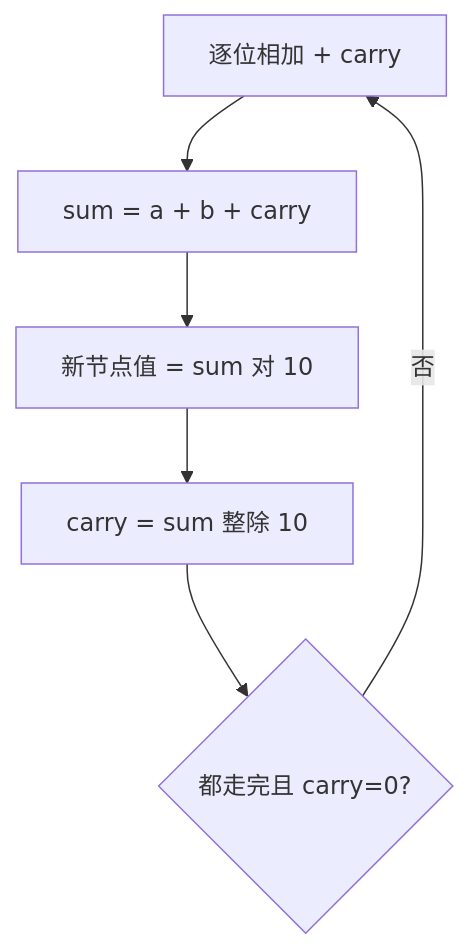
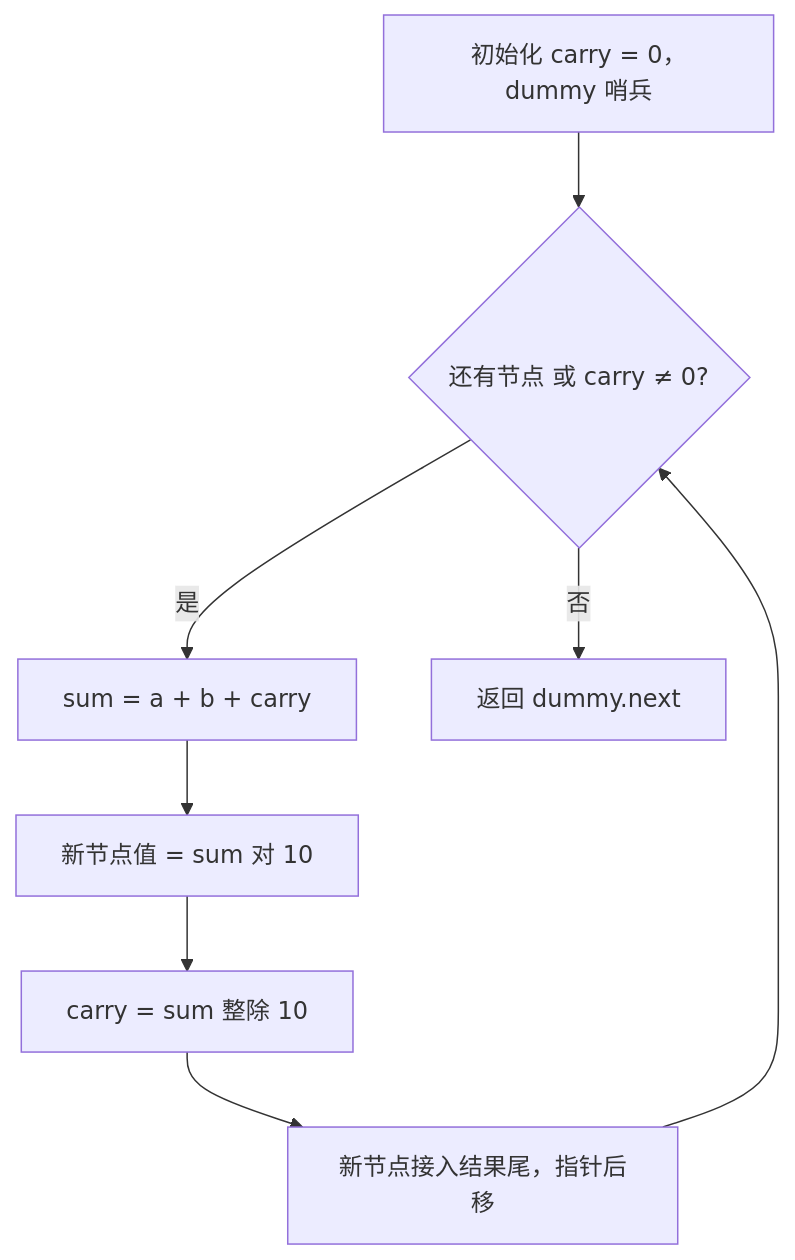
Before and after one commit to OctalZero/hot100-py: the first of 2 diagrams in 08-链表/0002-两数相加.md, drawn with Mermaid. The commit also changed other lines of this file and 117 other files, not shown here.

First line of the commit message:
feat: 全题解配图升级为「动画式 mermaid」（总览骨架 + 横向时间线逐步推演）

````diff
--- a/08-链表/0002-两数相加.md
+++ b/08-链表/0002-两数相加.md
@@ -25,8 +25,10 @@
 ```mermaid
 flowchart TD
-    A["逐位相加 + carry"] --> B["sum = a + b + carry"]
-    B --> C["新节点值 = sum 对 10"]
-    C --> D["carry = sum 整除 10"]
-    D --> E{"都走完且 carry=0?"}
-    E -- "否" --> A
+    A["初始化 carry = 0，dummy 哨兵"] --> B{"还有节点 或 carry ≠ 0?"}
+    B -->|"是"| C["sum = a + b + carry"]
+    C --> D["新节点值 = sum 对 10"]
+    D --> E["carry = sum 整除 10"]
+    E --> F["新节点接入结果尾，指针后移"]
+    F --> B
+    B -->|"否"| G["返回 dummy.next"]
 ```
````
